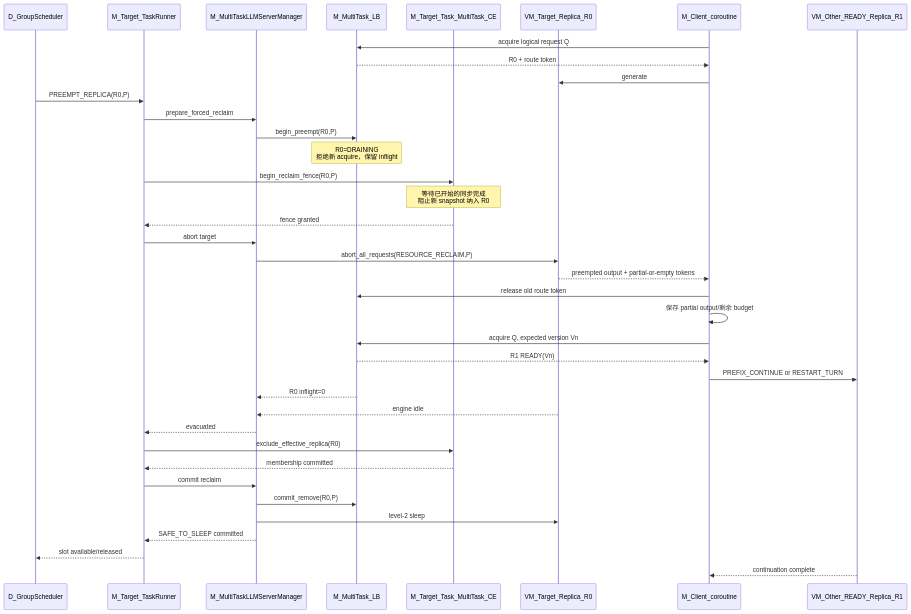
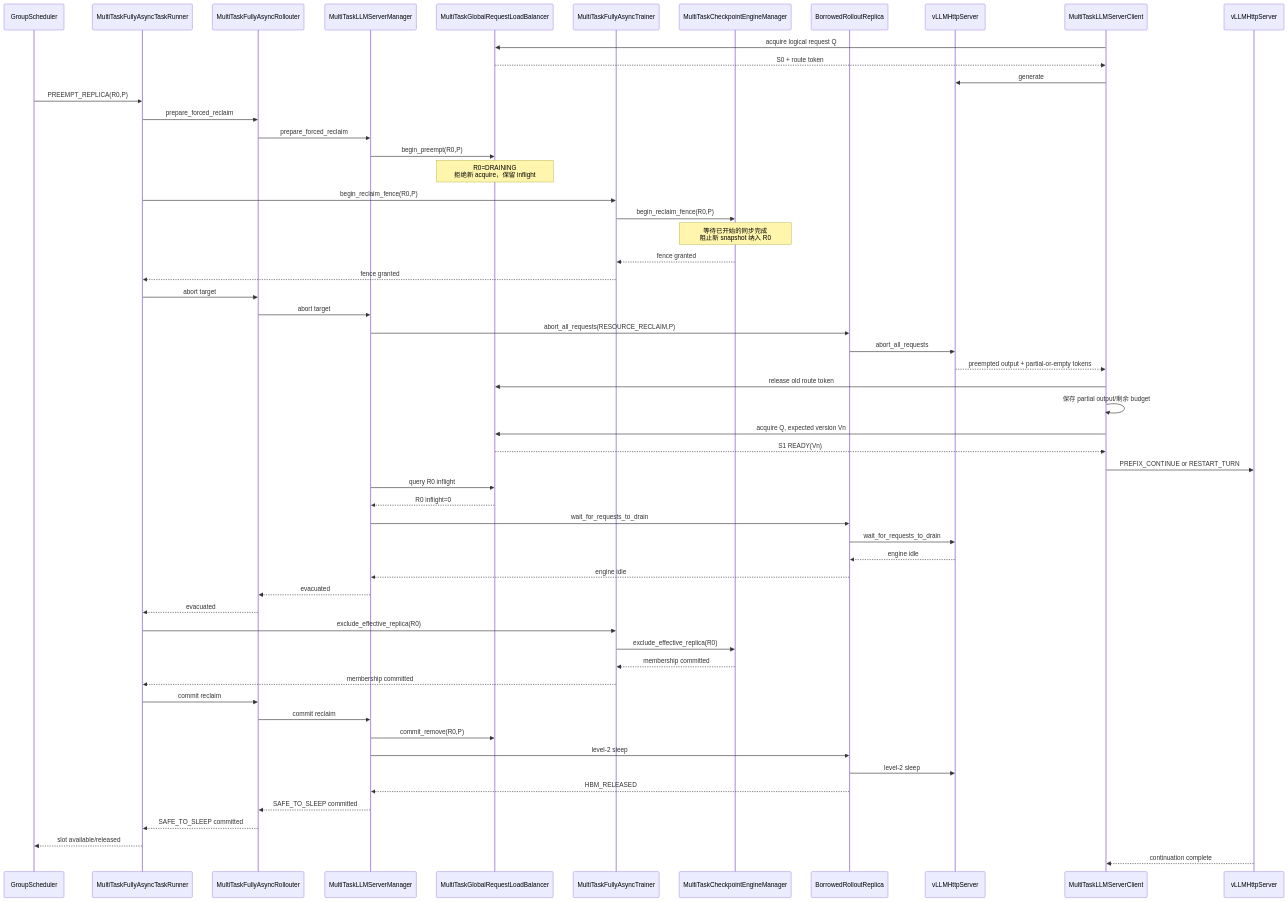
One commit to niuypei/multi_task_verl changed diagram 11 of 13 in multi_task_scheduler/STANDALONE.md. Above: the diagram before and after it, drawn with Mermaid. The commit also changed other lines of this file and 4 other files, not shown here.

Commit message:
docs: refine standalone multi-task resource sharing RFC

````diff
--- a/multi_task_scheduler/STANDALONE.md
+++ b/multi_task_scheduler/STANDALONE.md
@@ -1048,44 +1994,63 @@
 ```mermaid
 sequenceDiagram
-    participant GS as D_GroupScheduler
-    participant TR as M_Target_TaskRunner
-    participant M as M_MultiTaskLLMServerManager
-    participant LB as M_MultiTask_LB
-    participant CE as M_Target_Task_MultiTask_CE
-    participant R0 as VM_Target_Replica_R0
-    participant C as M_Client_coroutine
-    participant R1 as VM_Other_READY_Replica_R1
+    participant GS as GroupScheduler
+    participant TR as MultiTaskFullyAsyncTaskRunner
+    participant R as MultiTaskFullyAsyncRollouter
+    participant M as MultiTaskLLMServerManager
+    participant LB as MultiTaskGlobalRequestLoadBalancer
+    participant T as MultiTaskFullyAsyncTrainer
+    participant CE as MultiTaskCheckpointEngineManager
+    participant R0 as BorrowedRolloutReplica
+    participant S0 as vLLMHttpServer
+    participant C as MultiTaskLLMServerClient
+    participant S1 as vLLMHttpServer
 
     C->>LB: acquire logical request Q
-    LB-->>C: R0 + route token
-    C->>R0: generate
+    LB-->>C: S0 + route token
+    C->>S0: generate
 
     GS->>TR: PREEMPT_REPLICA(R0,P)
-    TR->>M: prepare_forced_reclaim
+    TR->>R: prepare_forced_reclaim
+    R->>M: prepare_forced_reclaim
     M->>LB: begin_preempt(R0,P)
     Note over LB: R0=DRAINING<br/>拒绝新 acquire，保留 inflight
-    TR->>CE: begin_reclaim_fence(R0,P)
+    TR->>T: begin_reclaim_fence(R0,P)
+    T->>CE: begin_reclaim_fence(R0,P)
     Note over CE: 等待已开始的同步完成<br/>阻止新 snapshot 纳入 R0
-    CE-->>TR: fence granted
-    TR->>M: abort target
+    CE-->>T: fence granted
+    T-->>TR: fence granted
+    TR->>R: abort target
+    R->>M: abort target
     M->>R0: abort_all_requests(RESOURCE_RECLAIM,P)
-    R0-->>C: preempted output + partial-or-empty tokens
+    R0->>S0: abort_all_requests
+    S0-->>C: preempted output + partial-or-empty tokens
     C->>LB: release old route token
     C->>C: 保存 partial output/剩余 budget
     C->>LB: acquire Q, expected version Vn
-    LB-->>C: R1 READY(Vn)
-    C->>R1: PREFIX_CONTINUE or RESTART_TURN
+    LB-->>C: S1 READY(Vn)
+    C->>S1: PREFIX_CONTINUE or RESTART_TURN
 
+    M->>LB: query R0 inflight
     LB-->>M: R0 inflight=0
+    M->>R0: wait_for_requests_to_drain
+    R0->>S0: wait_for_requests_to_drain
+    S0-->>R0: engine idle
     R0-->>M: engine idle
-    M-->>TR: evacuated
-    TR->>CE: exclude_effective_replica(R0)
-    CE-->>TR: membership committed
-    TR->>M: commit reclaim
+    M-->>R: evacuated
+    R-->>TR: evacuated
+    TR->>T: exclude_effective_replica(R0)
+    T->>CE: exclude_effective_replica(R0)
+    CE-->>T: membership committed
+    T-->>TR: membership committed
+    TR->>R: commit reclaim
+    R->>M: commit reclaim
     M->>LB: commit_remove(R0,P)
     M->>R0: level-2 sleep
-    M-->>TR: SAFE_TO_SLEEP committed
+    R0->>S0: level-2 sleep
+    R0-->>M: HBM_RELEASED
+    M-->>R: SAFE_TO_SLEEP committed
+    R-->>TR: SAFE_TO_SLEEP committed
     TR-->>GS: slot available/released
 
-    R1-->>C: continuation complete
+    S1-->>C: continuation complete
 ```
````
